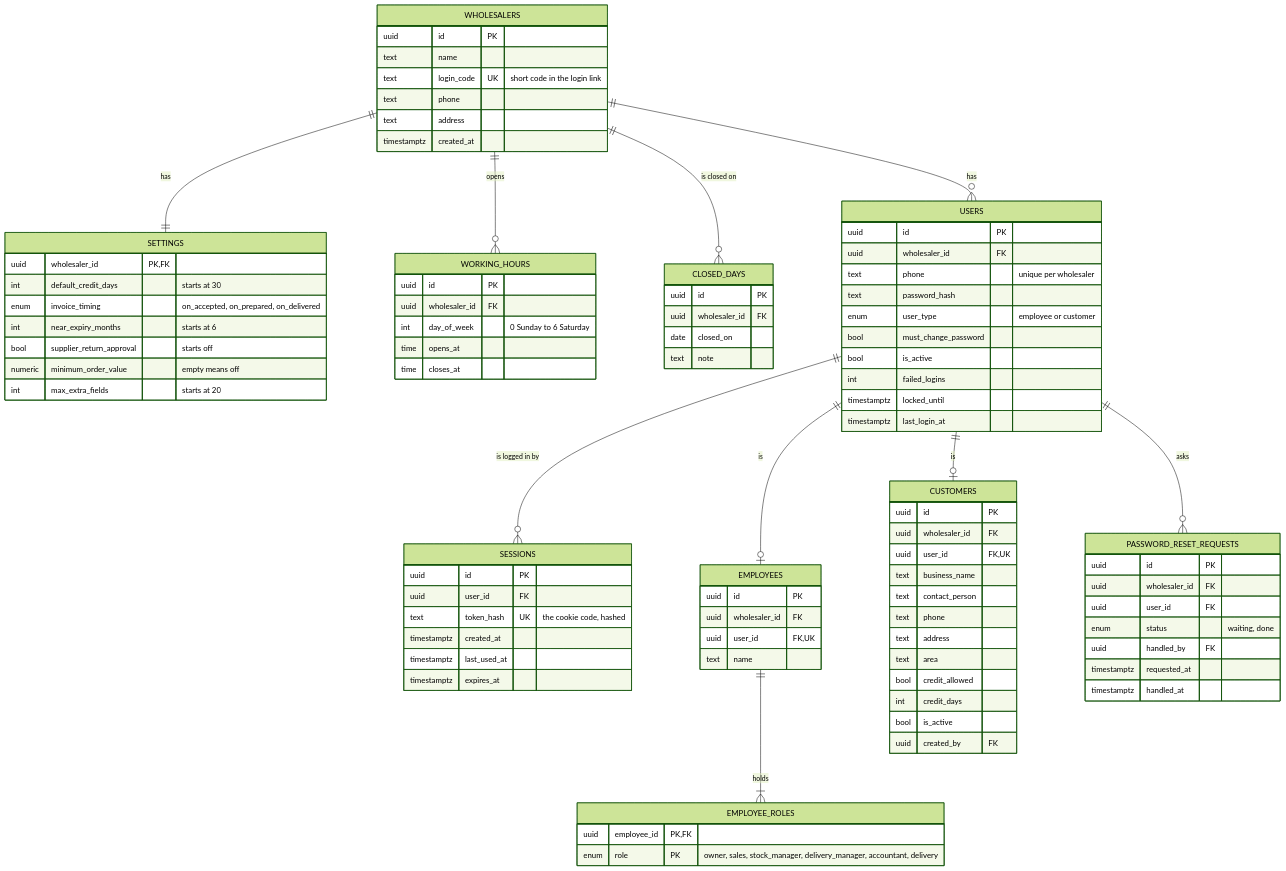
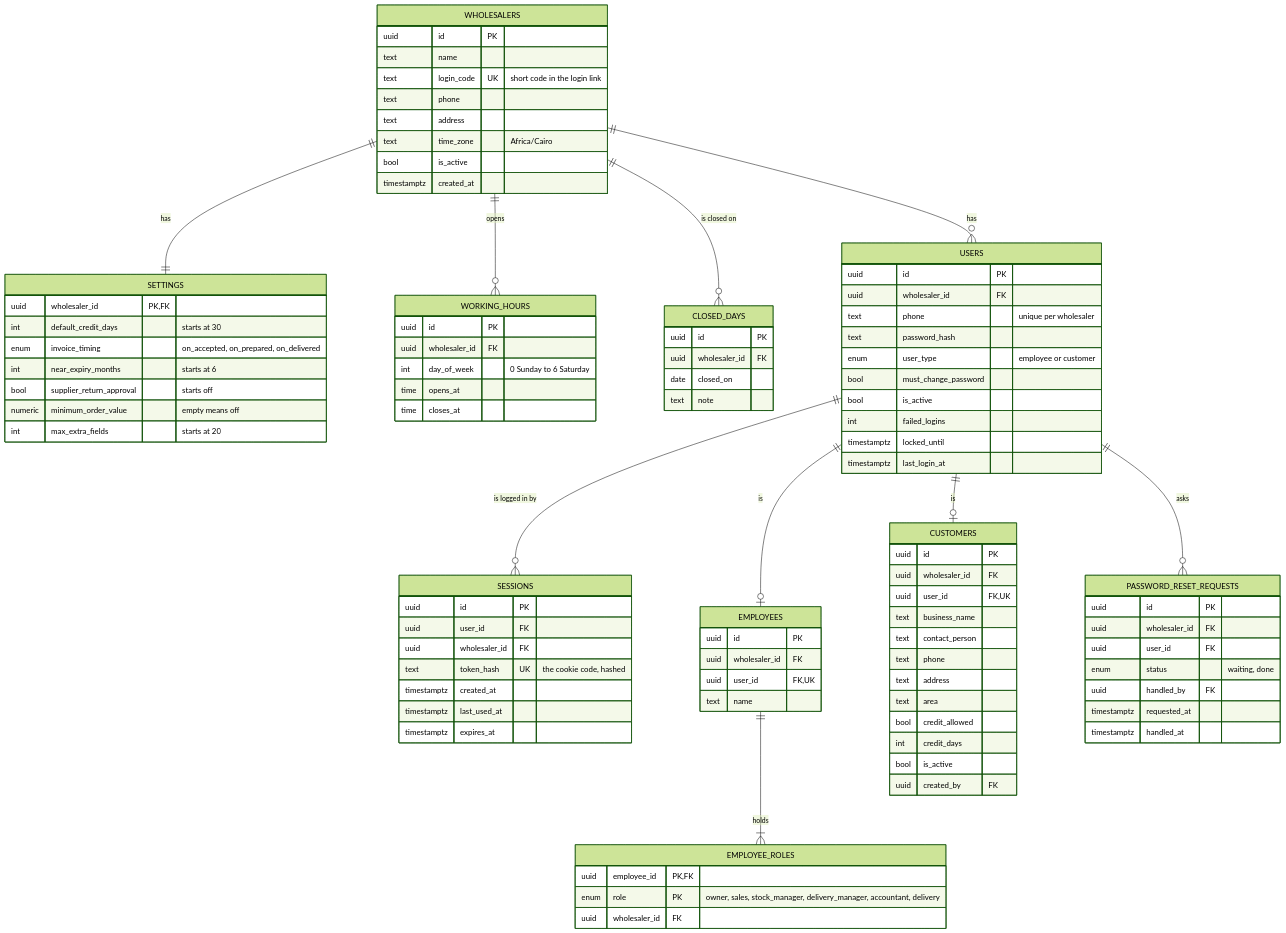
Before and after one commit to AhmedElnagarUU/Cosmo: the third of 14 diagrams in docs/technical/01-database-design.md, drawn with Mermaid (forest theme). The commit also changed other lines of this file and 43 other files, not shown here.

```diff
--- a/docs/technical/01-database-design.md
+++ b/docs/technical/01-database-design.md
@@ -158,6 +158,8 @@
         text login_code UK "short code in the login link"
         text phone
         text address
+        text time_zone "Africa/Cairo"
+        bool is_active
         timestamptz created_at
     }
     SETTINGS {
@@ -197,6 +199,7 @@
     SESSIONS {
         uuid id PK
         uuid user_id FK
+        uuid wholesaler_id FK
         text token_hash UK "the cookie code, hashed"
         timestamptz created_at
         timestamptz last_used_at
@@ -211,6 +214,7 @@
     EMPLOYEE_ROLES {
         uuid employee_id PK, FK
         enum role PK "owner, sales, stock_manager, delivery_manager, accountant, delivery"
+        uuid wholesaler_id FK
     }
     CUSTOMERS {
         uuid id PK
```
